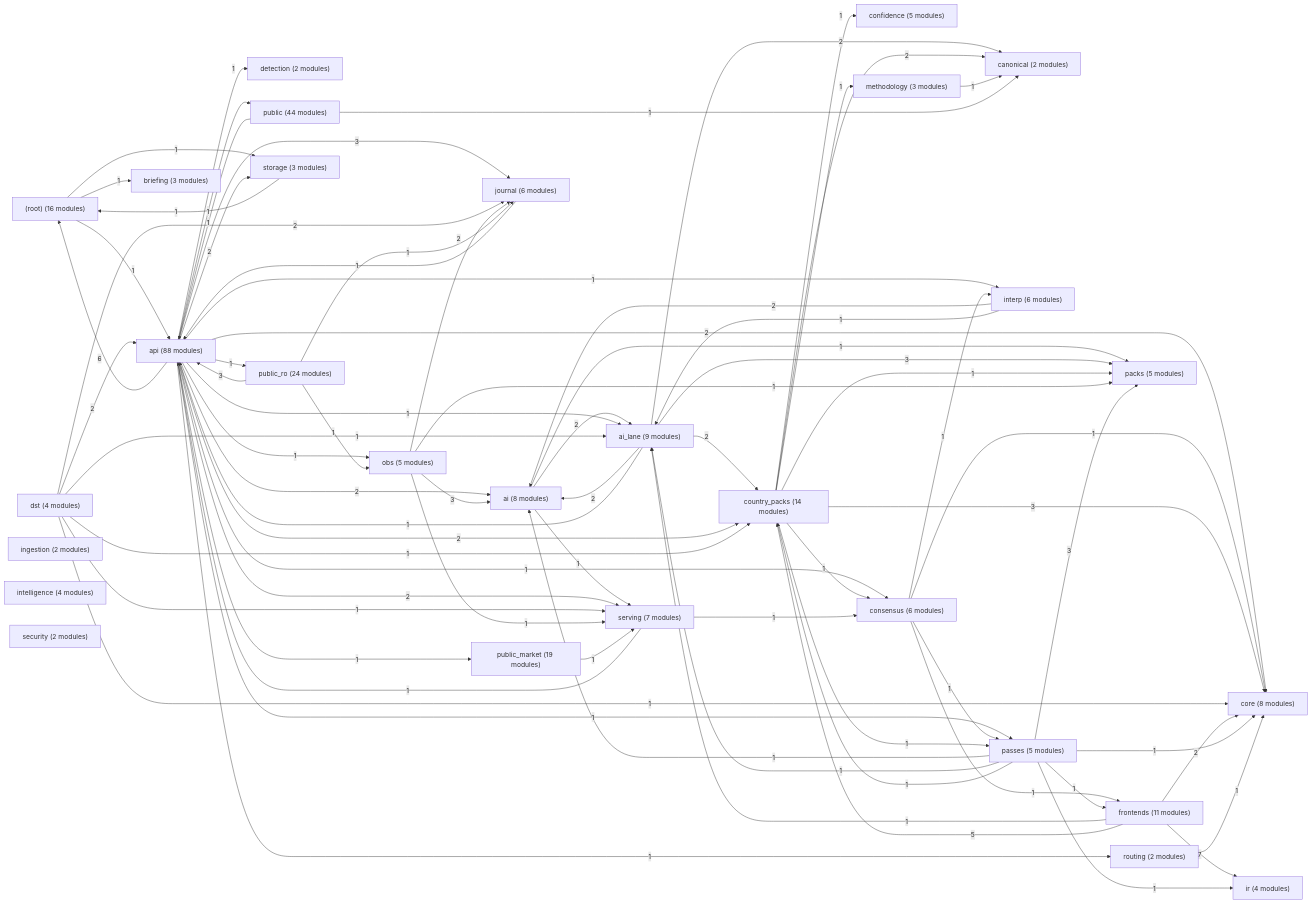
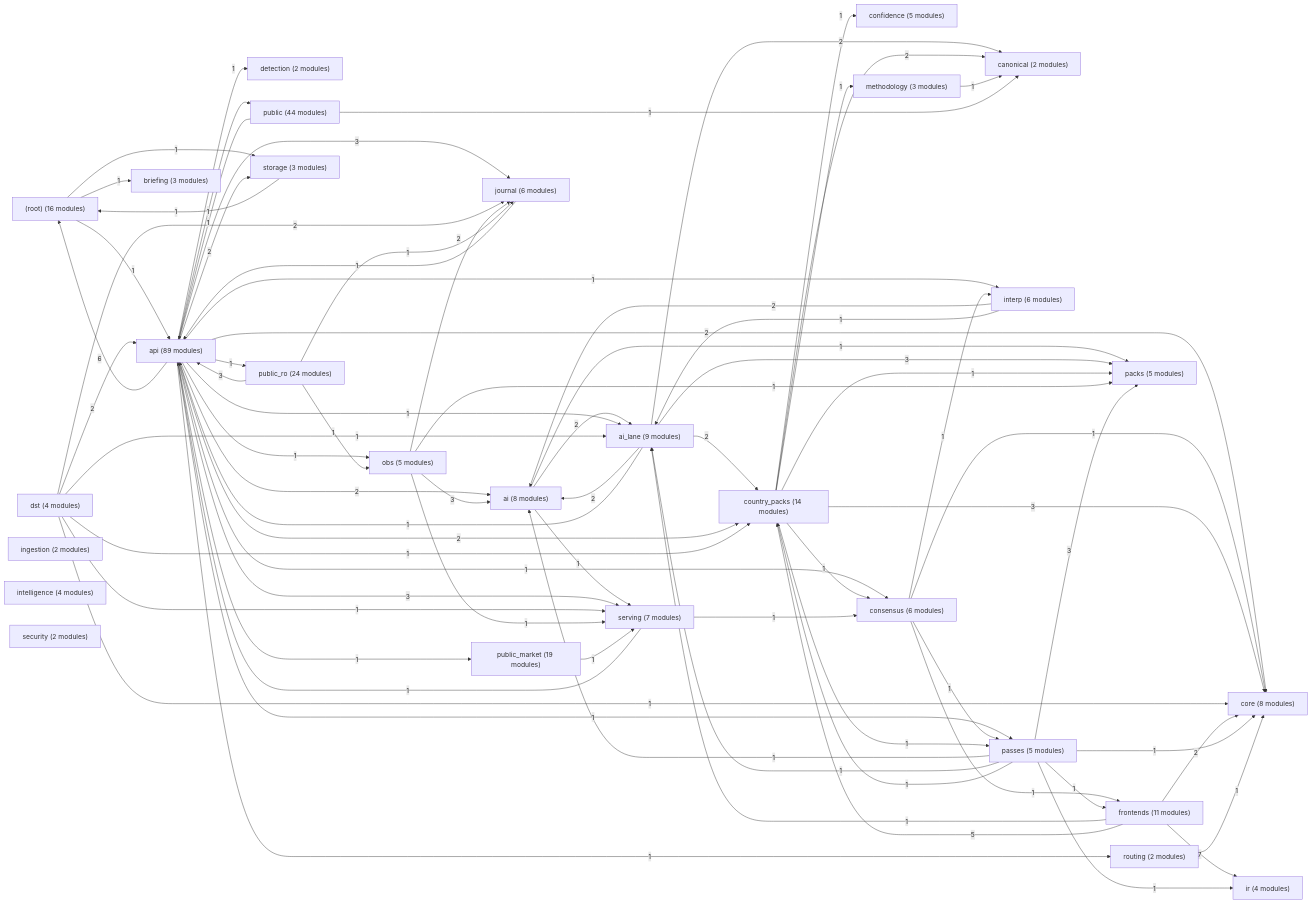
One commit to AlexDC100/cfo-ai.io changed the second of 3 diagrams in docs/engine_book/architecture.md. Above: the diagram before and after it, drawn with Mermaid. The commit also changed 230 other files, not shown here.

```diff
--- a/docs/engine_book/architecture.md
+++ b/docs/engine_book/architecture.md
@@ -36,7 +36,7 @@
     pkg__root_["(root) (16 modules)"]
     pkg_ai["ai (8 modules)"]
     pkg_ai_lane["ai_lane (9 modules)"]
-    pkg_api["api (88 modules)"]
+    pkg_api["api (89 modules)"]
     pkg_briefing["briefing (3 modules)"]
     pkg_canonical["canonical (2 modules)"]
     pkg_confidence["confidence (5 modules)"]
@@ -88,7 +88,7 @@
     pkg_api -->|1| pkg_public_market
     pkg_api -->|1| pkg_public_ro
     pkg_api -->|1| pkg_routing
-    pkg_api -->|2| pkg_serving
+    pkg_api -->|3| pkg_serving
     pkg_api -->|2| pkg_storage
     pkg_consensus -->|1| pkg_core
     pkg_consensus -->|1| pkg_frontends
```
